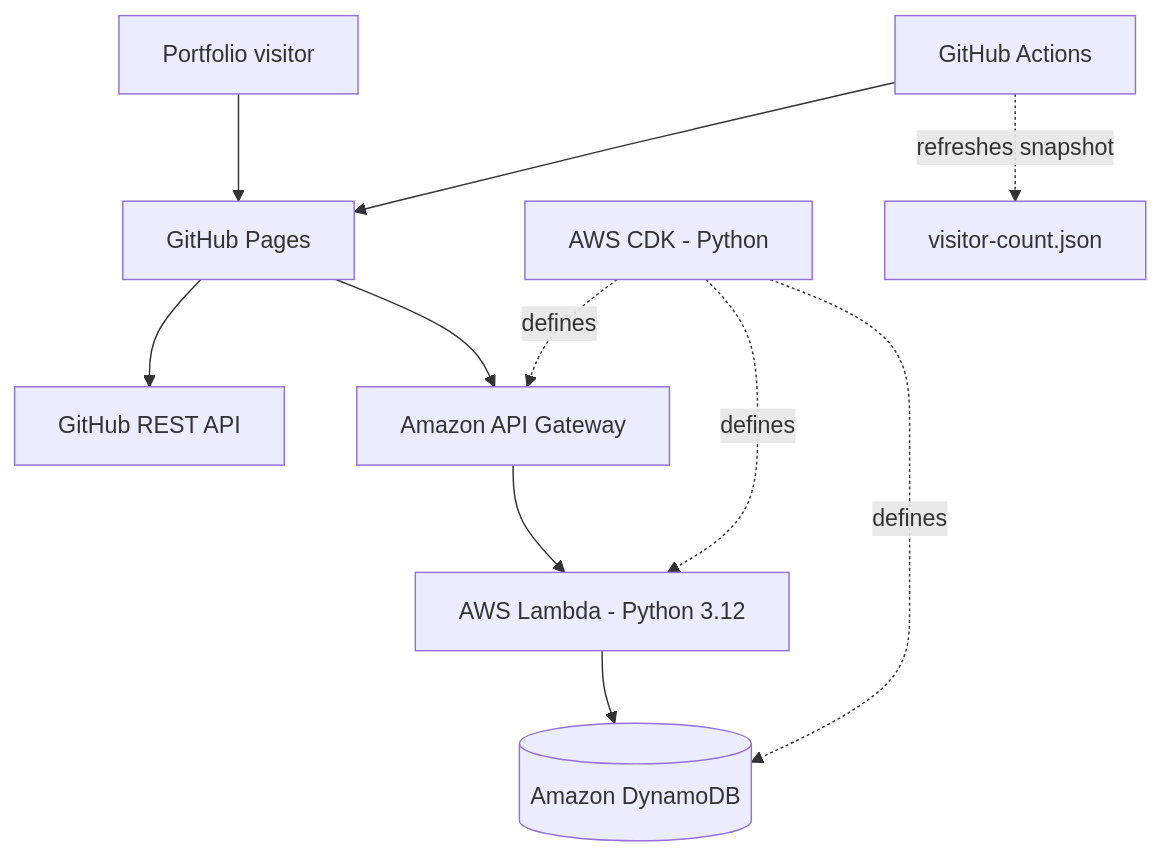
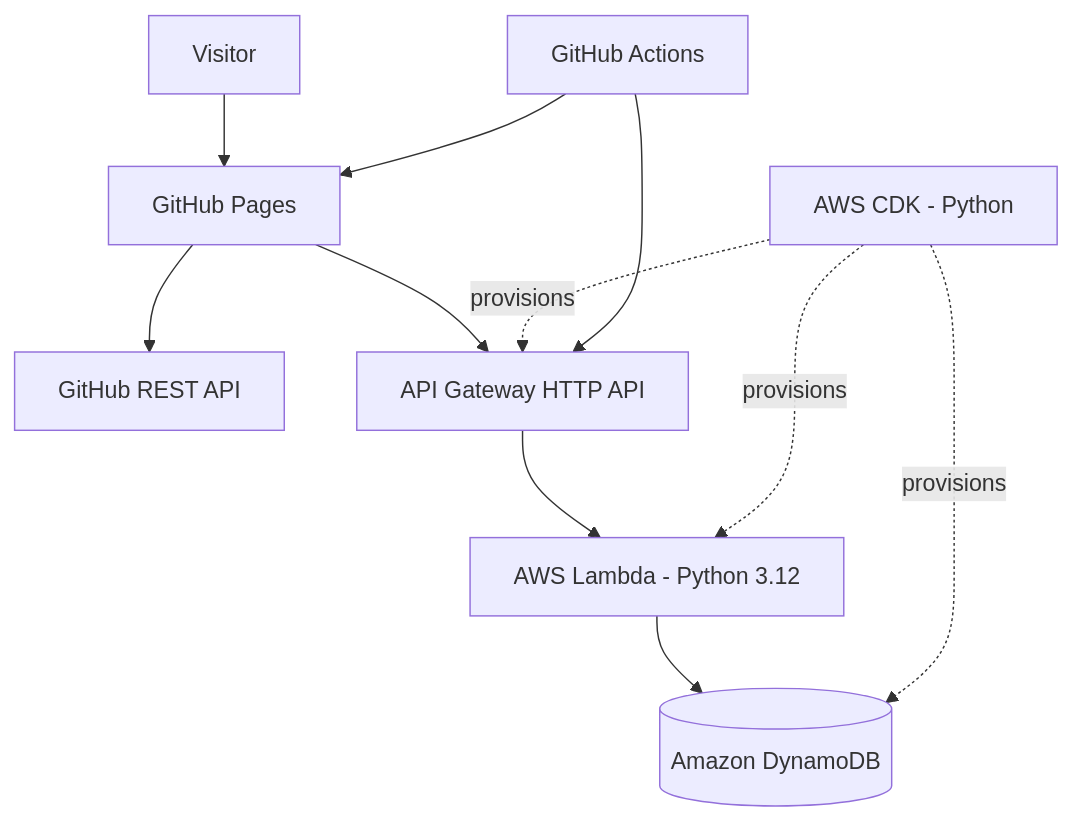
Before and after one commit to aimanhaizal/serverless-portfolio: the diagram in README.md, drawn with Mermaid. The commit also changed other lines of this file, not shown here.

````diff
--- a/README.md
+++ b/README.md
@@ -22,15 +20,13 @@
 ```mermaid
 flowchart TD
-    Visitor[Portfolio visitor] --> Pages[GitHub Pages]
+    Visitor[Visitor] --> Pages[GitHub Pages]
     Pages --> GitHub[GitHub REST API]
-    Pages --> API[Amazon API Gateway]
+    Pages --> API[API Gateway HTTP API]
     API --> Lambda[AWS Lambda - Python 3.12]
     Lambda --> DB[(Amazon DynamoDB)]
-
-    CDK[AWS CDK - Python] -. defines .-> API
-    CDK -. defines .-> Lambda
-    CDK -. defines .-> DB
-
+    CDK[AWS CDK - Python] -. provisions .-> API
+    CDK -. provisions .-> Lambda
+    CDK -. provisions .-> DB
     Actions[GitHub Actions] --> Pages
-    Actions -. refreshes snapshot .-> Snapshot[visitor-count.json]
+    Actions --> API
 ```
````
